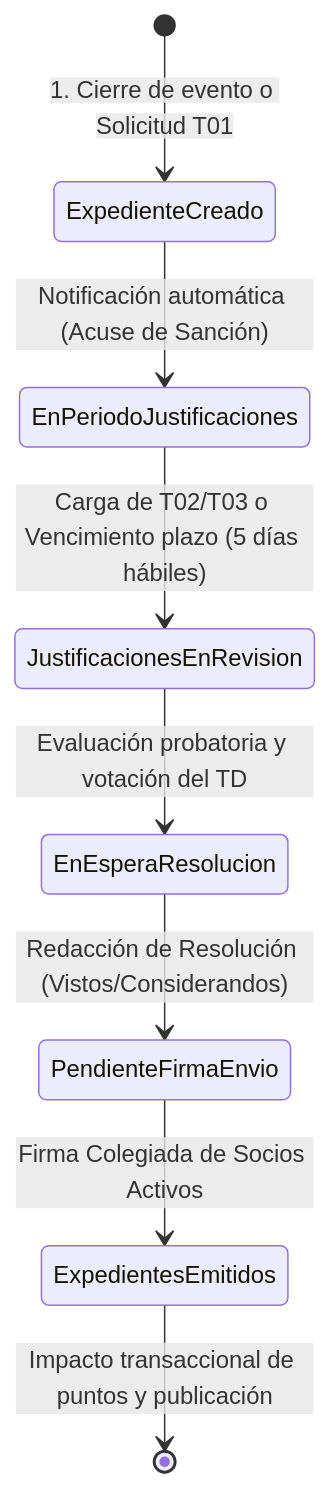
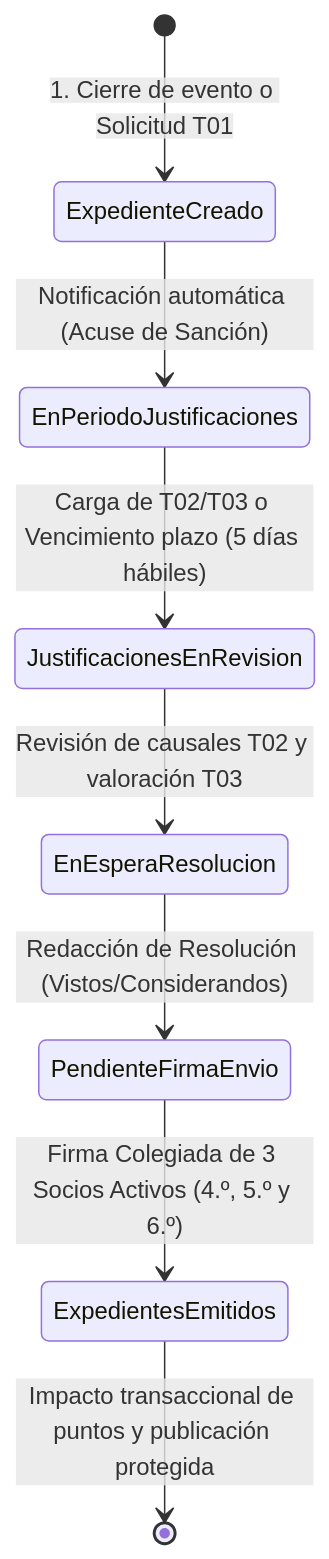
The second of 2 diagrams in README.md (MartinG94/seminario-integrador), drawn with Mermaid before and after one commit. The commit also changed other lines of this file and 12 other files, not shown here.

````diff
--- a/README.md
+++ b/README.md
@@ -110,10 +112,10 @@
 ```mermaid
 stateDiagram-v2
     [*] --> ExpedienteCreado: 1. Cierre de evento o Solicitud T01
     ExpedienteCreado --> EnPeriodoJustificaciones: Notificación automática (Acuse de Sanción)
     EnPeriodoJustificaciones --> JustificacionesEnRevision: Carga de T02/T03 o Vencimiento plazo (5 días hábiles)
-    JustificacionesEnRevision --> EnEsperaResolucion: Evaluación probatoria y votación del TD
+    JustificacionesEnRevision --> EnEsperaResolucion: Revisión de causales T02 y valoración T03
     EnEsperaResolucion --> PendienteFirmaEnvio: Redacción de Resolución (Vistos/Considerandos)
-    PendienteFirmaEnvio --> ExpedientesEmitidos: Firma Colegiada de Socios Activos
-    ExpedientesEmitidos --> [*]: Impacto transaccional de puntos y publicación
+    PendienteFirmaEnvio --> ExpedientesEmitidos: Firma Colegiada de 3 Socios Activos (4.º, 5.º y 6.º)
+    ExpedientesEmitidos --> [*]: Impacto transaccional de puntos y publicación protegida
 ```
````
